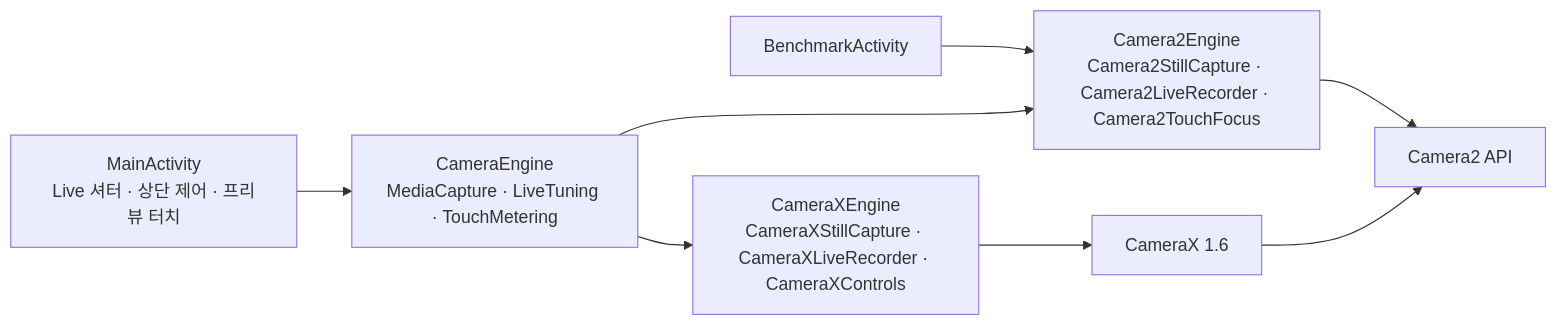
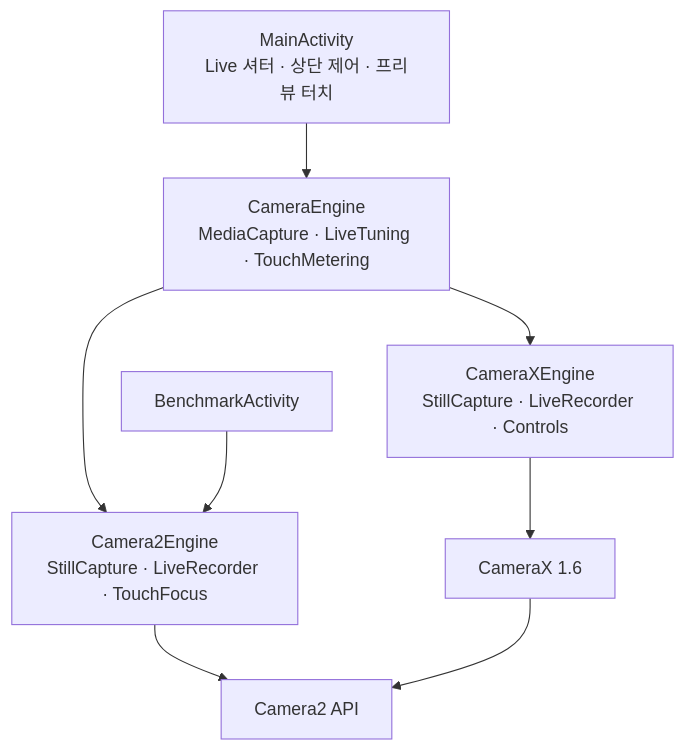
One commit to TTolsun/hal-camera changed the diagram in guide/engine.md. Above: the diagram before and after it, drawn with Mermaid. The commit also changed other lines of this file and 18 other files, not shown here.

````diff
--- a/guide/engine.md
+++ b/guide/engine.md
@@ -20,9 +20,10 @@
 ```mermaid
-flowchart LR
+flowchart TB
     live["MainActivity<br/>Live 셔터 · 상단 제어 · 프리뷰 터치"] --> contract["CameraEngine<br/>MediaCapture · LiveTuning · TouchMetering"]
+    contract --> c2["Camera2Engine<br/>StillCapture · LiveRecorder · TouchFocus"]
+    contract --> cx["CameraXEngine<br/>StillCapture · LiveRecorder · Controls"]
     bench["BenchmarkActivity"] --> c2
-    contract --> c2["Camera2Engine<br/>Camera2StillCapture · Camera2LiveRecorder · Camera2TouchFocus"]
-    contract --> cx["CameraXEngine<br/>CameraXStillCapture · CameraXLiveRecorder · CameraXControls"]
+    cx --> camx["CameraX 1.6"]
     c2 --> fw["Camera2 API"]
-    cx --> camx["CameraX 1.6"] --> fw
+    camx --> fw
 ```
````
